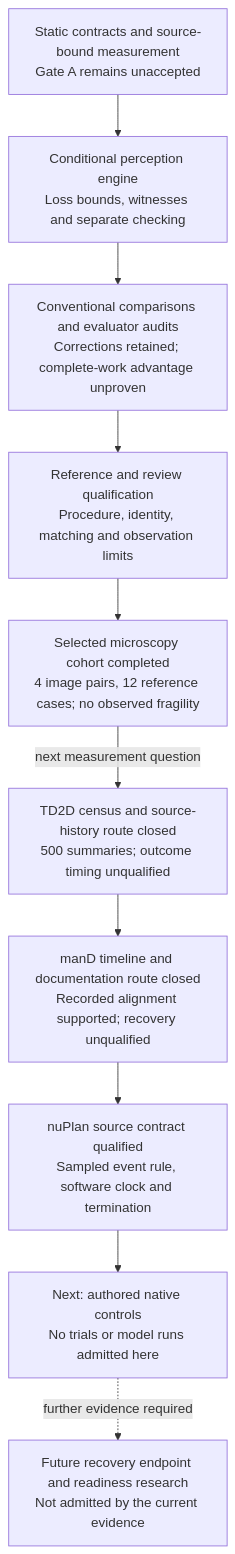
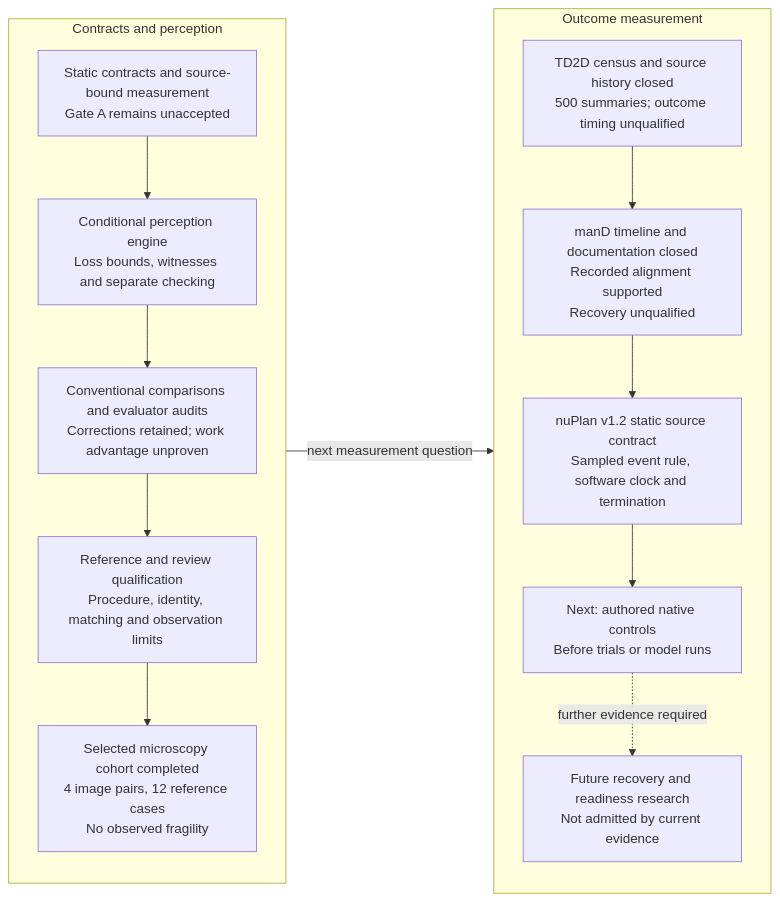
The fifth of 9 diagrams in README.md (manfromnowhere143/reiyah), drawn with Mermaid before and after one commit. The commit also changed other lines of this file and 6 other files, not shown here.

First line of the commit message:
Clarify the technical review path and current research progress

````diff
--- a/README.md
+++ b/README.md
@@ -251,12 +251,18 @@
 ```mermaid
-flowchart TB
-  A["Static contracts and source-bound measurement<br/>Gate A remains unaccepted"] --> B["Conditional perception engine<br/>Loss bounds, witnesses and separate checking"]
-  B --> C["Conventional comparisons and evaluator audits<br/>Corrections retained; complete-work advantage unproven"]
-  C --> D["Reference and review qualification<br/>Procedure, identity, matching and observation limits"]
-  D --> E["Selected microscopy cohort completed<br/>4 image pairs, 12 reference cases; no observed fragility"]
-  E -- "next measurement question" --> F["TD2D census and source-history route closed<br/>500 summaries; outcome timing unqualified"]
-  F --> G["manD timeline and documentation route closed<br/>Recorded alignment supported; recovery unqualified"]
-  G --> H["nuPlan source contract qualified<br/>Sampled event rule, software clock and termination"]
-  H --> J["Next: authored native controls<br/>No trials or model runs admitted here"]
-  J -. "further evidence required" .-> I["Future recovery endpoint and readiness research<br/>Not admitted by the current evidence"]
+flowchart LR
+  subgraph P["Contracts and perception"]
+    direction TB
+    A["Static contracts and source-bound measurement<br/>Gate A remains unaccepted"] --> B["Conditional perception engine<br/>Loss bounds, witnesses and separate checking"]
+    B --> C["Conventional comparisons and evaluator audits<br/>Corrections retained; work advantage unproven"]
+    C --> D["Reference and review qualification<br/>Procedure, identity, matching and observation limits"]
+    D --> E["Selected microscopy cohort completed<br/>4 image pairs, 12 reference cases<br/>No observed fragility"]
+  end
+  subgraph Q["Outcome measurement"]
+    direction TB
+    F["TD2D census and source history closed<br/>500 summaries; outcome timing unqualified"] --> G["manD timeline and documentation closed<br/>Recorded alignment supported<br/>Recovery unqualified"]
+    G --> H["nuPlan v1.2 static source contract<br/>Sampled event rule, software clock and termination"]
+    H --> J["Next: authored native controls<br/>Before trials or model runs"]
+    J -. "further evidence required" .-> I["Future recovery and readiness research<br/>Not admitted by current evidence"]
+  end
+  P -- "next measurement question" --> Q
 ```
````
